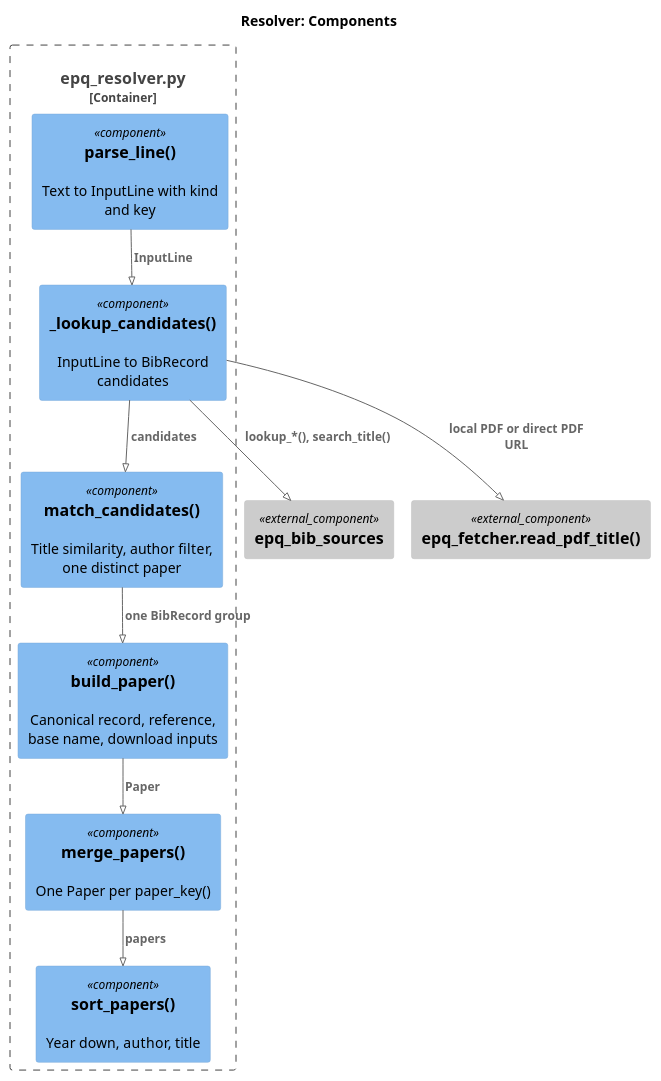
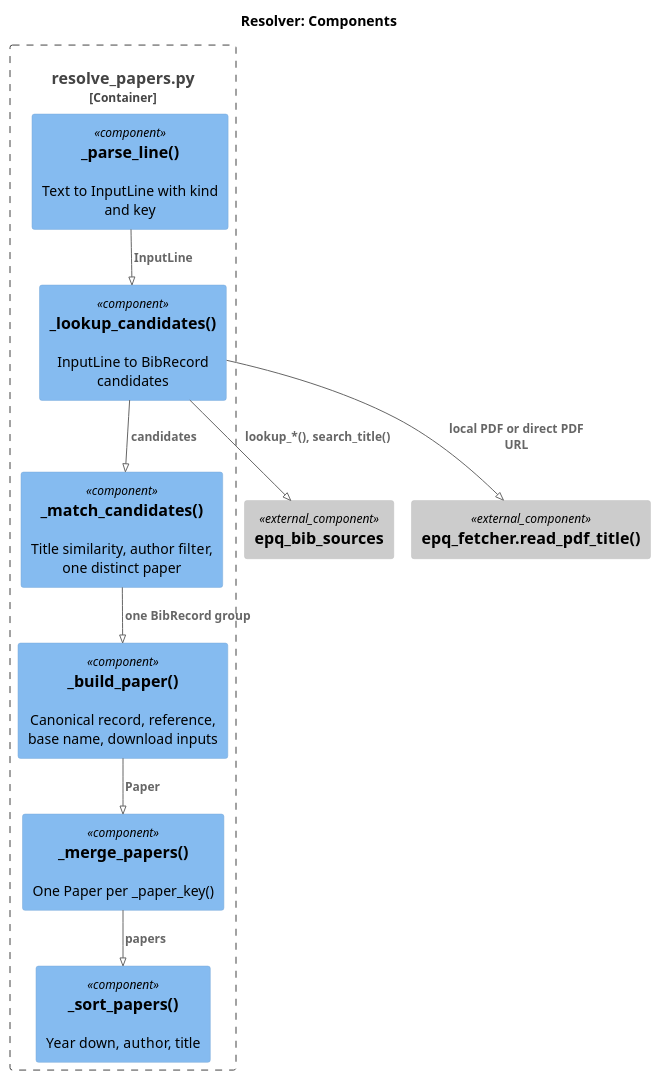
The diagram in research/Estimate_academic_paper_quality/docs/02.2-design.resolver.md (gpsaggese/gpsaggese.github.io), drawn with PlantUML before and after one commit. The commit also changed other lines of this file and 44 other files, not shown here.

````diff
--- a/research/Estimate_academic_paper_quality/docs/02.2-design.resolver.md
+++ b/research/Estimate_academic_paper_quality/docs/02.2-design.resolver.md
@@ -28,23 +30,23 @@
 ```plantuml
 !pragma layout smetana
 !include <C4/C4_Component>
 LAYOUT_TOP_DOWN()
 title Resolver: Components
-Container_Boundary(r, "epq_resolver.py") {
-  Component(parse, "parse_line()", "", "Text to InputLine with kind and key")
+Container_Boundary(r, "resolve_papers.py") {
+  Component(parse, "_parse_line()", "", "Text to InputLine with kind and key")
   Component(lookup, "_lookup_candidates()", "", "InputLine to BibRecord candidates")
-  Component(match, "match_candidates()", "", "Title similarity, author filter, one distinct paper")
-  Component(build, "build_paper()", "", "Canonical record, reference, base name, download inputs")
-  Component(dedupe, "merge_papers()", "", "One Paper per paper_key()")
-  Component(sort, "sort_papers()", "", "Year down, author, title")
+  Component(match, "_match_candidates()", "", "Title similarity, author filter, one distinct paper")
+  Component(build, "_build_paper()", "", "Canonical record, reference, base name, download inputs")
+  Component(dedupe, "_merge_papers()", "", "One Paper per _paper_key()")
+  Component(sort, "_sort_papers()", "", "Year down, author, title")
 }
 Component_Ext(bib, "epq_bib_sources", "", "")
 Component_Ext(fetch, "epq_fetcher.read_pdf_title()", "", "")
 Rel(parse, lookup, "InputLine")
 Rel(lookup, bib, "lookup_*(), search_title()")
 Rel(lookup, fetch, "local PDF or direct PDF URL")
 Rel(lookup, match, "candidates")
 Rel(match, build, "one BibRecord group")
 Rel(build, dedupe, "Paper")
 Rel(dedupe, sort, "papers")
 ```
````
